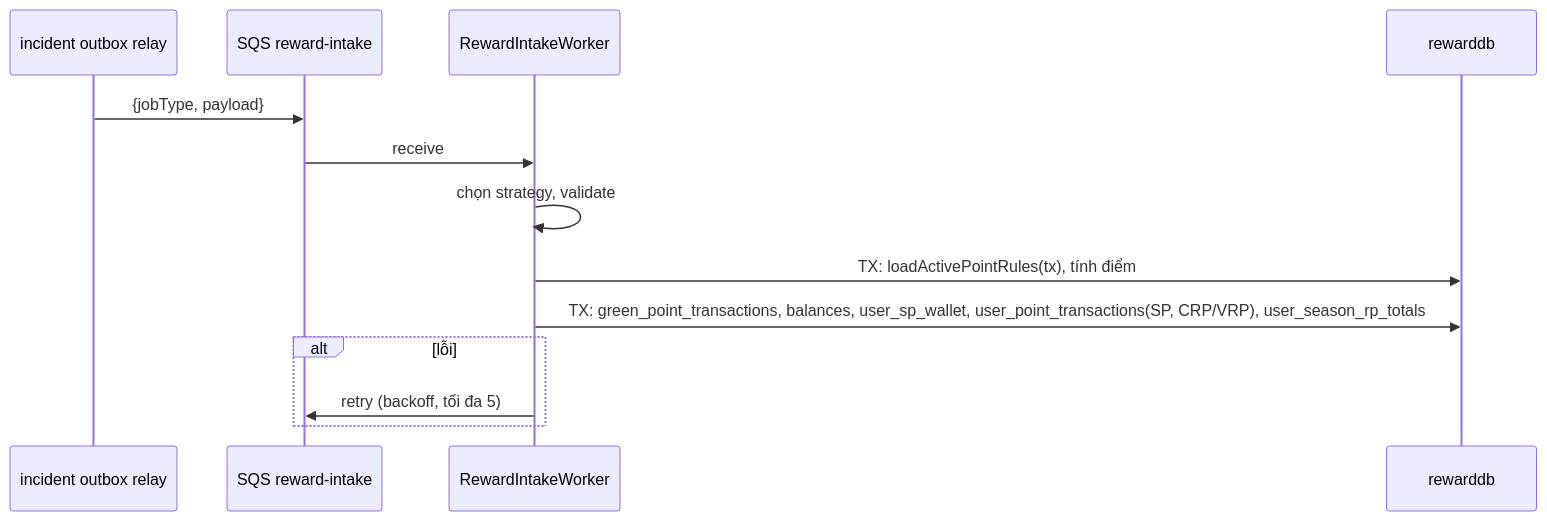
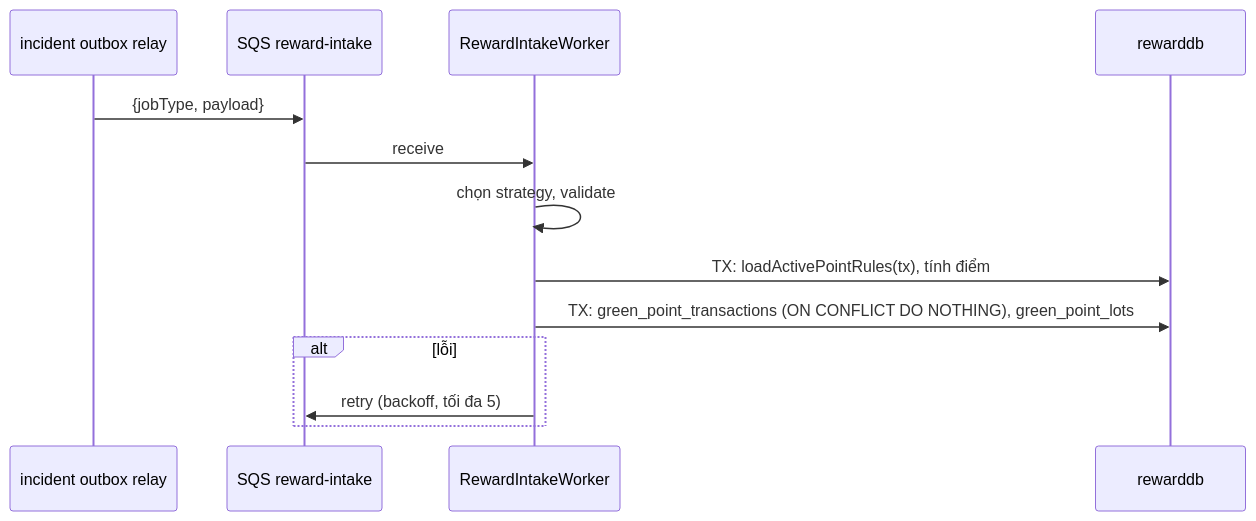
One commit to DOAN2-UQT-KN/ecolink-docs changed diagram 25 of 30 in 02-business-flows.md. Above: the diagram before and after it, drawn with Mermaid. The commit also changed other lines of this file and 10 other files, not shown here.

Commit message:
docs: green points in expiring lots, remove ranking

````diff
--- a/02-business-flows.md
+++ b/02-business-flows.md
@@ -1101,15 +1099,15 @@
 ```mermaid
 sequenceDiagram
   participant INC as incident outbox relay
   participant Q as SQS reward-intake
   participant W as RewardIntakeWorker
   participant DB as rewarddb
   INC->>Q: {jobType, payload}
   Q->>W: receive
   W->>W: chọn strategy, validate
   W->>DB: TX: loadActivePointRules(tx), tính điểm
-  W->>DB: TX: green_point_transactions, balances, user_sp_wallet, user_point_transactions(SP, CRP/VRP), user_season_rp_totals
+  W->>DB: TX: green_point_transactions (ON CONFLICT DO NOTHING), green_point_lots
   alt lỗi
     W->>Q: retry (backoff, tối đa 5)
   end
 ```
````
